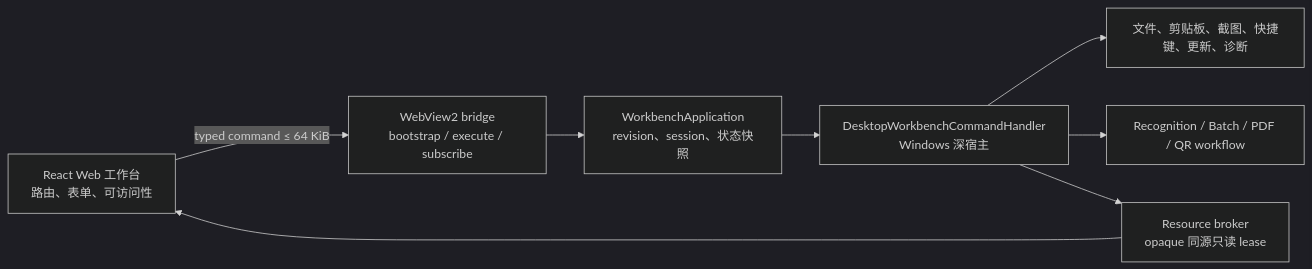
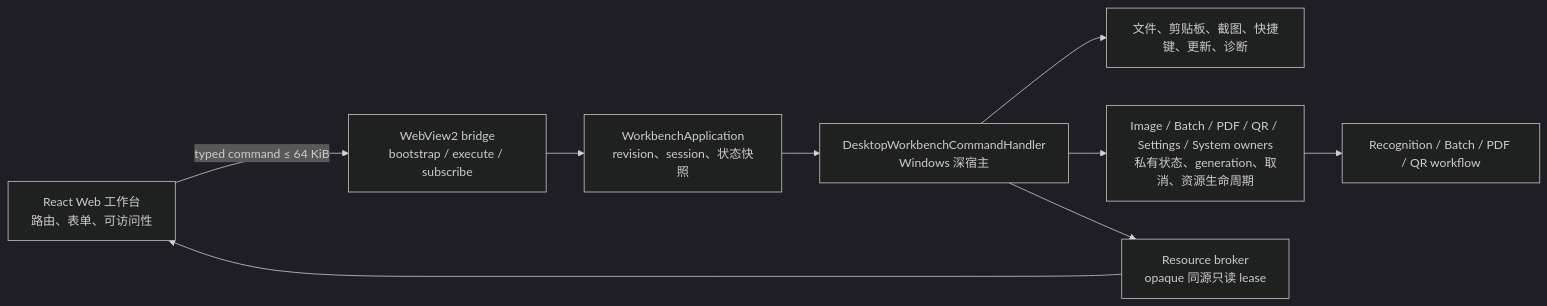
One commit to FelixJI/vibeocr-next changed the diagram in docs/web-workbench-architecture.md. Above: the diagram before and after it, drawn with Mermaid (dark theme). The commit also changed other lines of this file and 55 other files, not shown here.

````diff
--- a/docs/web-workbench-architecture.md
+++ b/docs/web-workbench-architecture.md
@@ -9,10 +9,11 @@
 ```mermaid
 flowchart LR
   UI["React Web 工作台\n路由、表单、可访问性"] -->|"typed command ≤ 64 KiB"| BRIDGE["WebView2 bridge\nbootstrap / execute / subscribe"]
   BRIDGE --> APP["WorkbenchApplication\nrevision、session、状态快照"]
   APP --> HOST["DesktopWorkbenchCommandHandler\nWindows 深宿主"]
   HOST --> NATIVE["文件、剪贴板、截图、快捷键、更新、诊断"]
-  HOST --> DOMAIN["Recognition / Batch / PDF / QR workflow"]
+  HOST --> OWNERS["Image / Batch / PDF / QR / Settings / System owners\n私有状态、generation、取消、资源生命周期"]
+  OWNERS --> DOMAIN["Recognition / Batch / PDF / QR workflow"]
   HOST --> BROKER["Resource broker\nopaque 同源只读 lease"]
   BROKER --> UI
 ```
````
